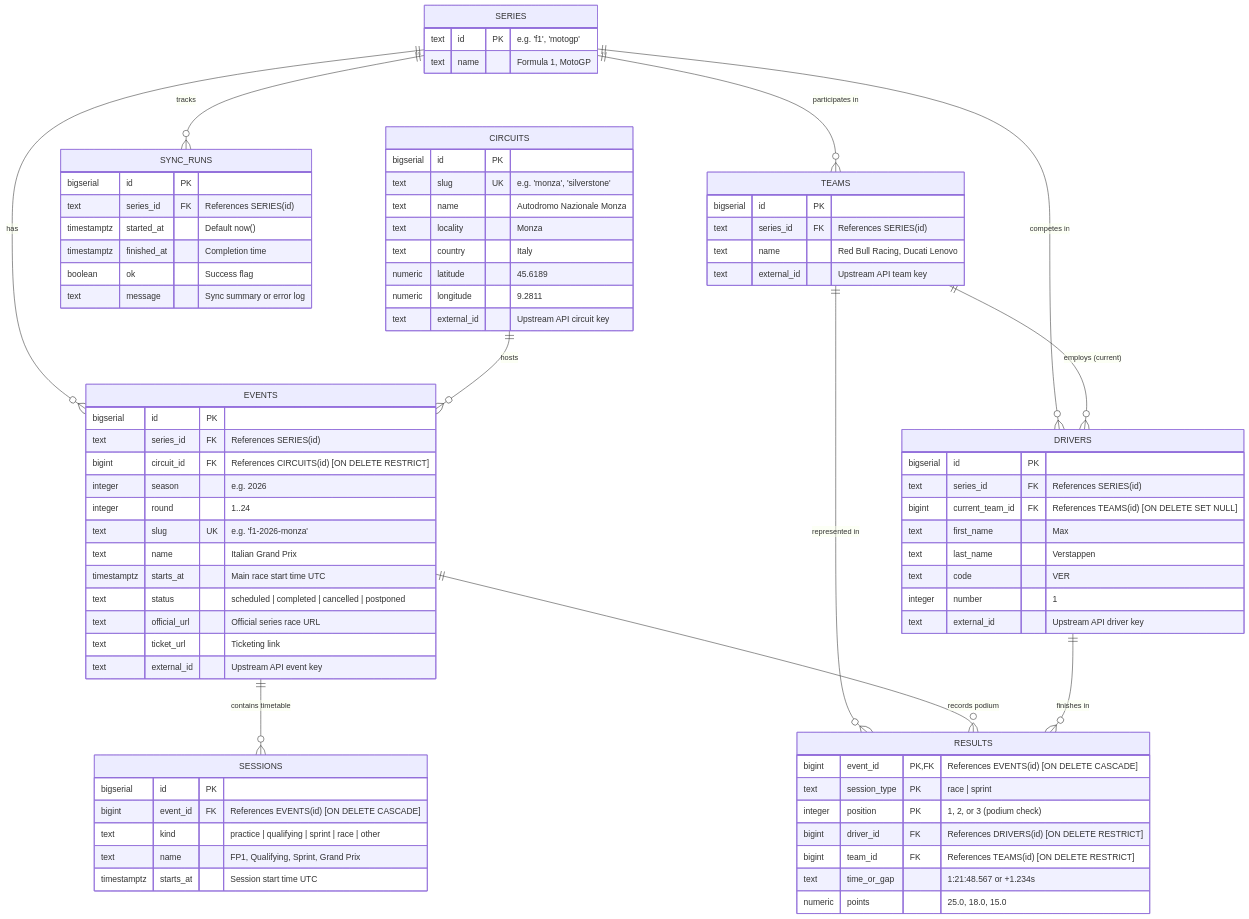
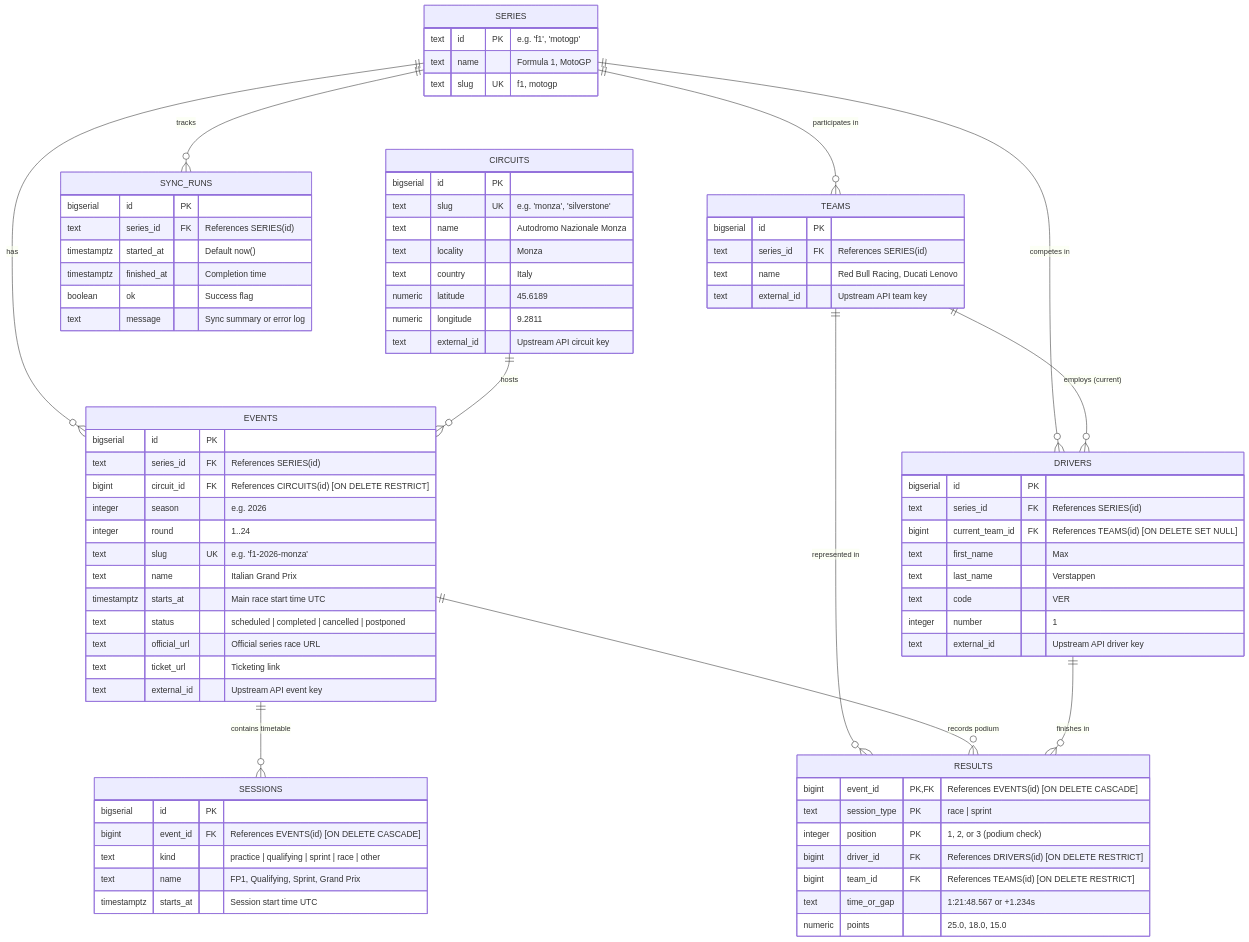
The first of 2 diagrams in DATABASE.md (Nutnoobly/NutzMotorsportCalendar), drawn with Mermaid before and after one commit. The commit also changed other lines of this file and 1 other file, not shown here.

```diff
--- a/DATABASE.md
+++ b/DATABASE.md
@@ -28,6 +28,7 @@
     SERIES {
         text id PK "e.g. 'f1', 'motogp'"
         text name "Formula 1, MotoGP"
+        text slug UK "f1, motogp"
     }
 
     CIRCUITS {
```
